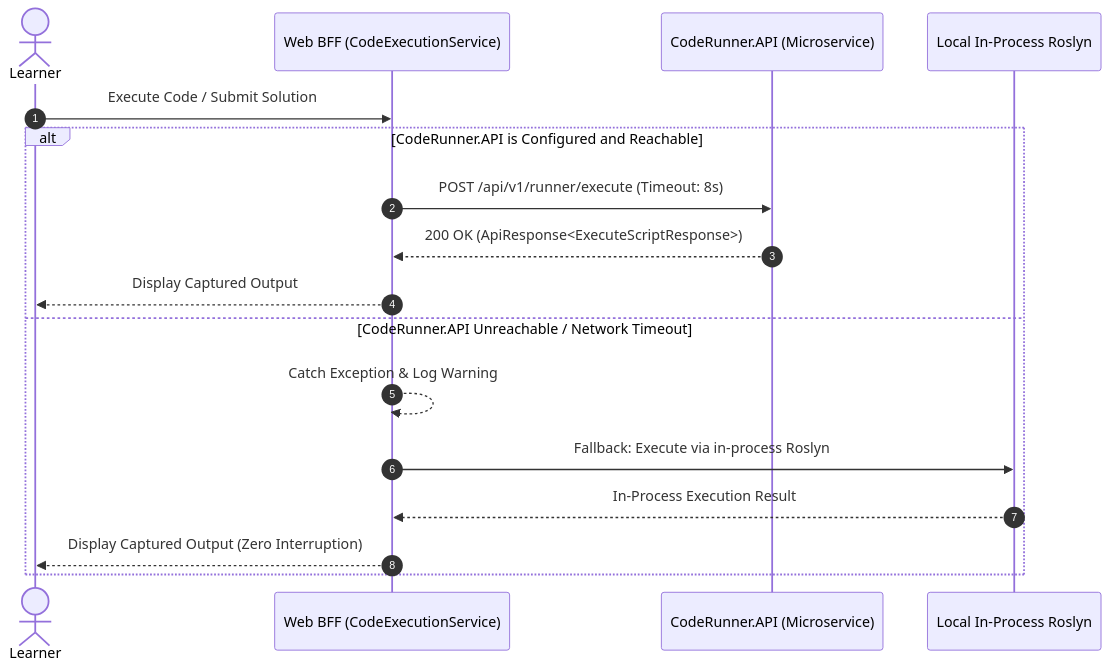
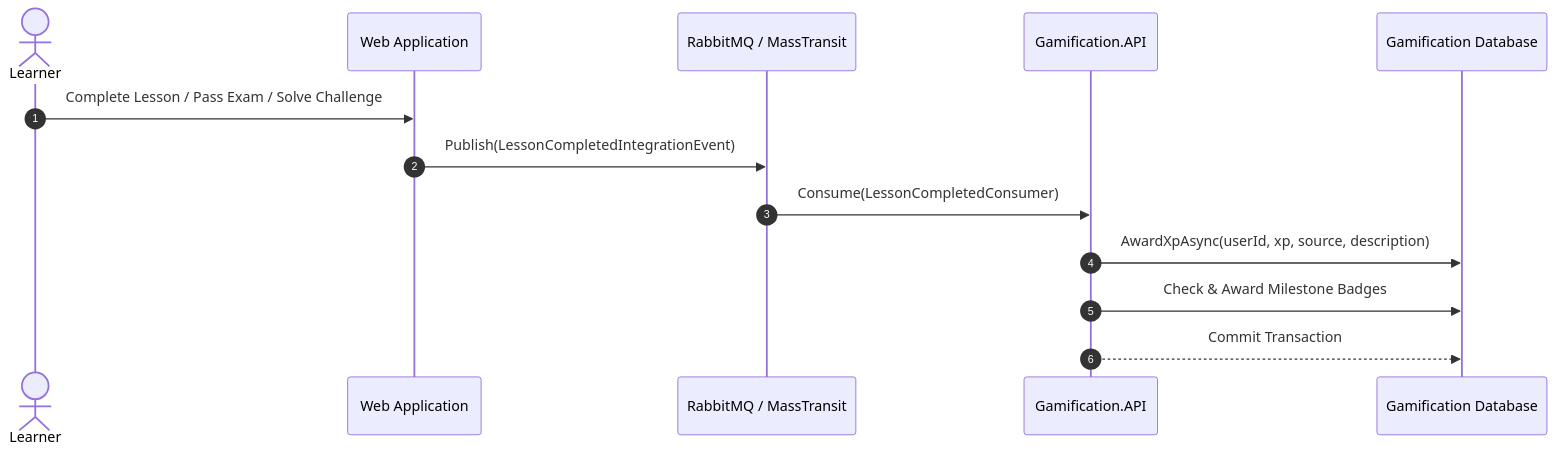
One commit to KaitoDeus/NET-Tutos changed the second of 2 diagrams in docs/09_microservices_architecture_and_migration.md. Above: the diagram before and after it, drawn with Mermaid. The commit also changed other lines of this file and 21 other files, not shown here.

Commit message:
feat(gamification): decouple Gamification.API microservice with event-driven MassTransit consumers

````diff
--- a/docs/09_microservices_architecture_and_migration.md
+++ b/docs/09_microservices_architecture_and_migration.md
@@ -178,20 +124,16 @@
 ```mermaid
 sequenceDiagram
     autonumber
     actor Learner as Learner
-    participant Web as Web BFF (CodeExecutionService)
-    participant Runner as CodeRunner.API (Microservice)
-    participant InProcess as Local In-Process Roslyn
+    participant Web as Web Application
+    participant Bus as RabbitMQ / MassTransit
+    participant Gamify as Gamification.API
+    participant DB as Gamification Database
 
-    Learner->>Web: Execute Code / Submit Solution
-    alt CodeRunner.API is Configured and Reachable
-        Web->>Runner: POST /api/v1/runner/execute (Timeout: 8s)
-        Runner-->>Web: 200 OK (ApiResponse<ExecuteScriptResponse>)
-        Web-->>Learner: Display Captured Output
-    else CodeRunner.API Unreachable / Network Timeout
-        Web-->>Web: Catch Exception & Log Warning
-        Web->>InProcess: Fallback: Execute via in-process Roslyn
-        InProcess-->>Web: In-Process Execution Result
-        Web-->>Learner: Display Captured Output (Zero Interruption)
-    end
+    Learner->>Web: Complete Lesson / Pass Exam / Solve Challenge
+    Web->>Bus: Publish(LessonCompletedIntegrationEvent)
+    Bus->>Gamify: Consume(LessonCompletedConsumer)
+    Gamify->>DB: AwardXpAsync(userId, xp, source, description)
+    Gamify->>DB: Check & Award Milestone Badges
+    Gamify-->>DB: Commit Transaction
 ```
````
